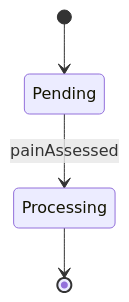
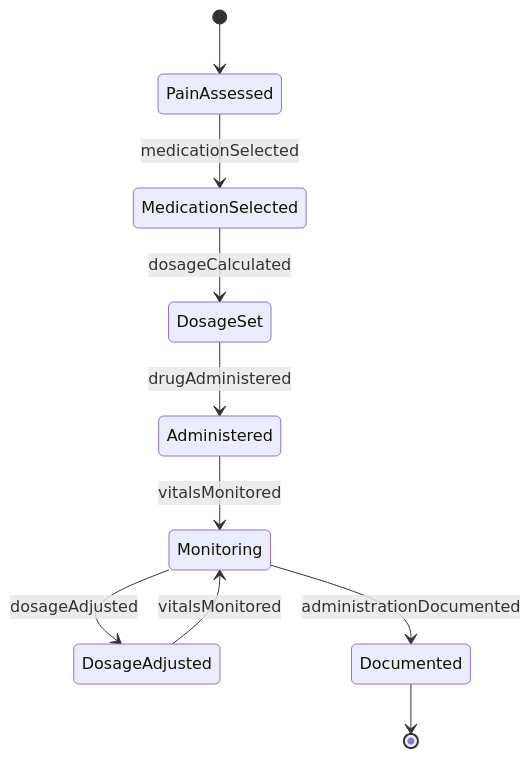
Before and after one commit to dot-org-ai/tasks.org.ai: the second of 4 diagrams in AssistingAndCaringForOthers/AdministerBasicHealthCareOrMedicalTreatments/AdministerAnestheticsSedativesControlPain.mdx, drawn with Mermaid. The commit also changed other lines of this file and 32 other files, not shown here.

First line of the commit message:
fix: Improve ER and State diagrams in 32 AssistingAndCaringForOthers DWA files

````diff
--- a/AssistingAndCaringForOthers/AdministerBasicHealthCareOrMedicalTreatments/AdministerAnestheticsSedativesControlPain.mdx
+++ b/AssistingAndCaringForOthers/AdministerBasicHealthCareOrMedicalTreatments/AdministerAnestheticsSedativesControlPain.mdx
@@ -99,6 +99,12 @@
 ```mermaid
 stateDiagram-v2
-    [*] --> Pending
-    Pending --> Processing : painAssessed
-    Processing --> [*]
+    [*] --> PainAssessed
+    PainAssessed --> MedicationSelected : medicationSelected
+    MedicationSelected --> DosageSet : dosageCalculated
+    DosageSet --> Administered : drugAdministered
+    Administered --> Monitoring : vitalsMonitored
+    Monitoring --> DosageAdjusted : dosageAdjusted
+    DosageAdjusted --> Monitoring : vitalsMonitored
+    Monitoring --> Documented : administrationDocumented
+    Documented --> [*]
 ```
````
